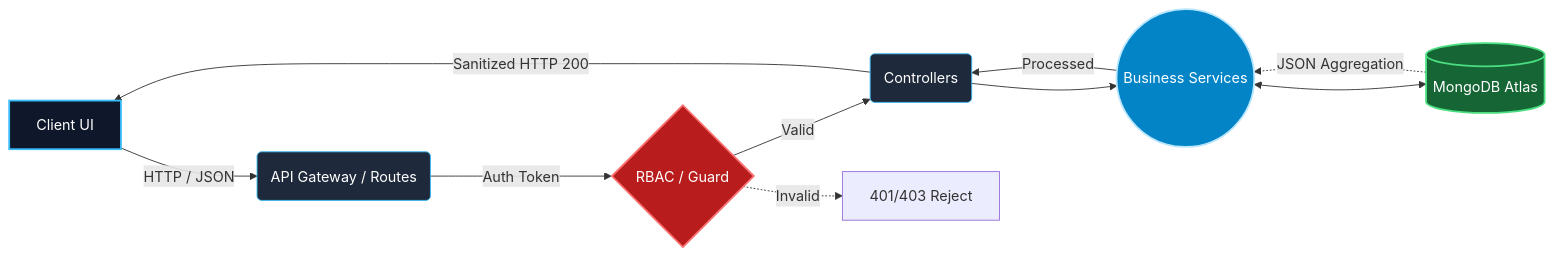
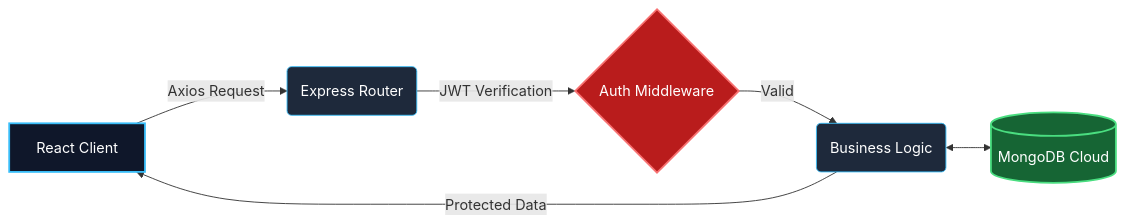
Before and after one commit to kasimshah19/kasimshah19: the diagram in README.md, drawn with Mermaid. The commit also changed other lines of this file, not shown here.

````diff
--- a/README.md
+++ b/README.md
@@ -39,19 +72,14 @@
 ```mermaid
 graph LR
-    A[Client UI] -->|HTTP / JSON| B(API Gateway / Routes)
-    B -->|Auth Token| C{RBAC / Guard}
-    C -->|Valid| D(Controllers)
-    C -.->|Invalid| X[401/403 Reject]
-    D --> E((Business Services))
-    E <--> F[(MongoDB Atlas)]
-    F -.->|JSON Aggregation| E
-    E -->|Processed| D
-    D -->|Sanitized HTTP 200| A
+    A[React Client] -->|Axios Request| B(Express Router)
+    B -->|JWT Verification| C{Auth Middleware}
+    C -->|Valid| D(Business Logic)
+    D <--> E[(MongoDB Cloud)]
+    D -->|Protected Data| A
     
     style A fill:#0f172a,stroke:#38bdf8,stroke-width:2px,color:#fff
     style B fill:#1e293b,stroke:#38bdf8,stroke-width:1px,color:#fff
     style C fill:#b91c1c,stroke:#f87171,stroke-width:2px,color:#fff
     style D fill:#1e293b,stroke:#38bdf8,stroke-width:1px,color:#fff
-    style E fill:#0284c7,stroke:#bae6fd,stroke-width:2px,color:#fff
-    style F fill:#166534,stroke:#4ade80,stroke-width:2px,color:#fff
+    style E fill:#166534,stroke:#4ade80,stroke-width:2px,color:#fff
 ```
````
